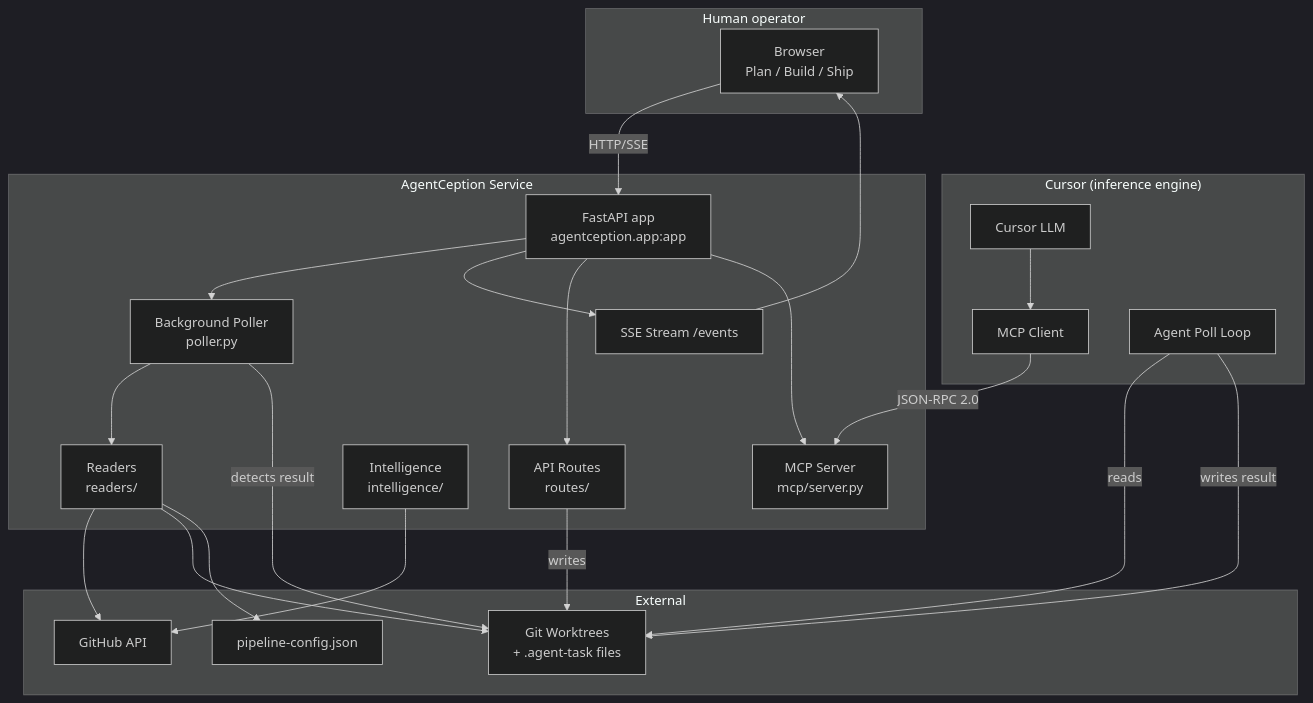
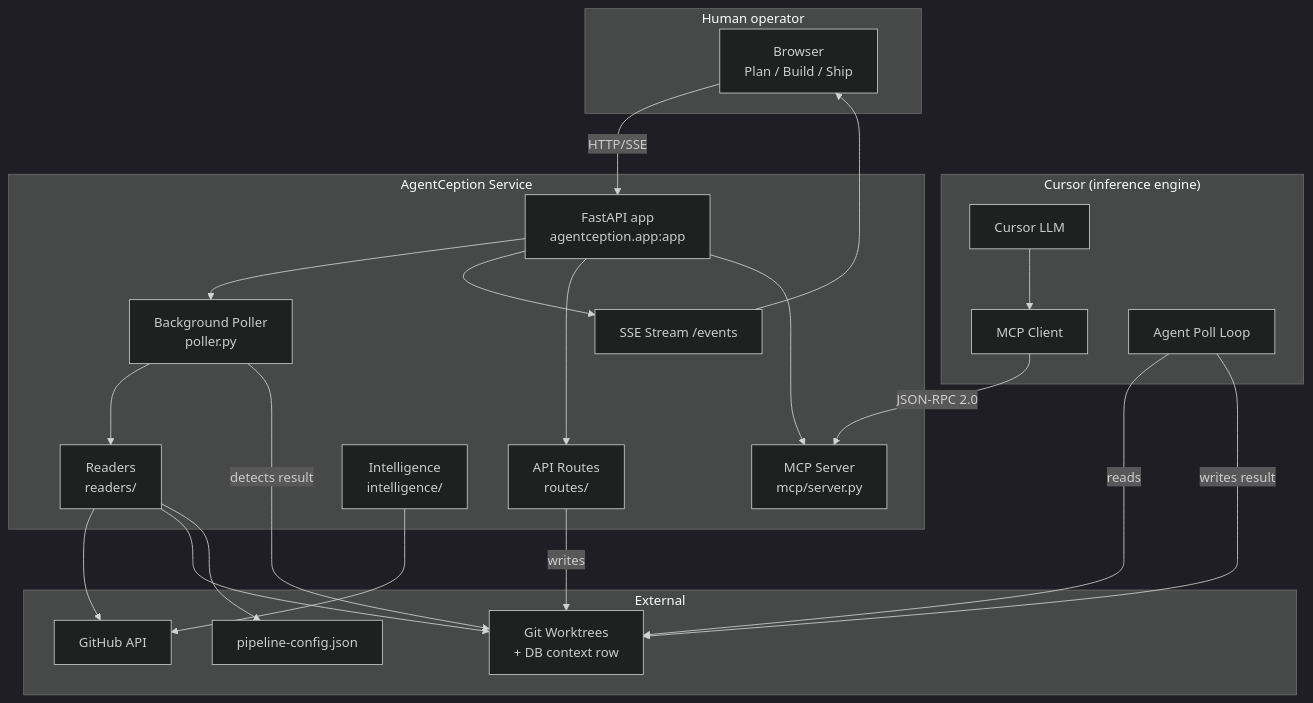
The diagram in agentception/README.md (cgcardona/agentception), drawn with Mermaid (dark theme) before and after one commit. The commit also changed other lines of this file and 73 other files, not shown here.

First line of the commit message:
Remove all .agent-task file references; migrate to DB-backed RunContextRow

````diff
--- a/agentception/README.md
+++ b/agentception/README.md
@@ -89,47 +89,47 @@
 ```mermaid
 graph TD
     subgraph "Human operator"
         BROWSER[Browser\nPlan / Build / Ship]
     end
 
     subgraph "Cursor (inference engine)"
         CURSOR_LLM[Cursor LLM]
         CURSOR_MCP[MCP Client]
         CURSOR_POLL[Agent Poll Loop]
     end
 
     subgraph "AgentCeption Service"
         APP[FastAPI app\nagentception.app:app]
         POLLER[Background Poller\npoller.py]
         SSE[SSE Stream /events]
         ROUTES[API Routes\nroutes/]
         MCP_SRV[MCP Server\nmcp/server.py]
         INTEL[Intelligence\nintelligence/]
         READERS[Readers\nreaders/]
     end
 
     subgraph "External"
         GH[GitHub API]
-        WT[Git Worktrees\n+ .agent-task files]
+        WT[Git Worktrees\n+ DB context row]
         CFG[pipeline-config.json]
     end
 
     BROWSER -->|HTTP/SSE| APP
     APP --> POLLER
     APP --> SSE
     APP --> ROUTES
     APP --> MCP_SRV
     POLLER --> READERS
     READERS --> GH
     READERS --> WT
     READERS --> CFG
     INTEL --> GH
     SSE --> BROWSER
 
     CURSOR_MCP -->|JSON-RPC 2.0| MCP_SRV
     CURSOR_LLM --> CURSOR_MCP
     CURSOR_POLL -->|reads| WT
     CURSOR_POLL -->|writes result| WT
     POLLER -->|detects result| WT
     ROUTES -->|writes| WT
 ```
````
